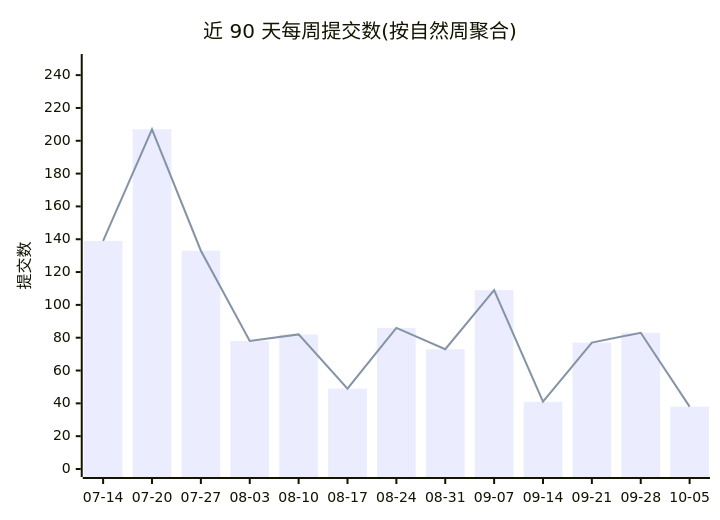
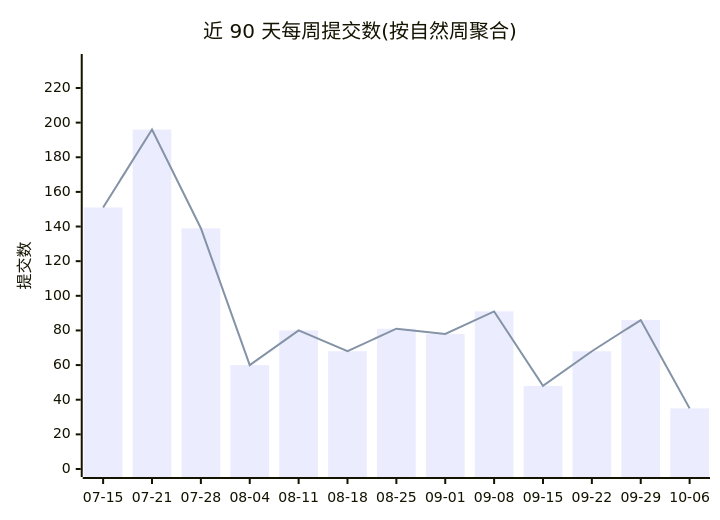
The first of 2 diagrams in profile/README.md (Conflux-Union/.github), drawn with Mermaid before and after one commit. The commit also changed other lines of this file and 1 other file, not shown here.

````diff
--- a/profile/README.md
+++ b/profile/README.md
@@ -44,8 +44,8 @@
 ```mermaid
 xychart-beta
     title "近 90 天每周提交数(按自然周聚合)"
-    x-axis ["07-14", "07-20", "07-27", "08-03", "08-10", "08-17", "08-24", "08-31", "09-07", "09-14", "09-21", "09-28", "10-05"]
-    y-axis "提交数" 0 --> 248
-    bar [139, 207, 133, 78, 82, 49, 86, 73, 109, 41, 77, 83, 38]
-    line [139, 207, 133, 78, 82, 49, 86, 73, 109, 41, 77, 83, 38]
+    x-axis ["07-15", "07-21", "07-28", "08-04", "08-11", "08-18", "08-25", "09-01", "09-08", "09-15", "09-22", "09-29", "10-06"]
+    y-axis "提交数" 0 --> 235
+    bar [151, 196, 139, 60, 80, 68, 81, 78, 91, 48, 68, 86, 35]
+    line [151, 196, 139, 60, 80, 68, 81, 78, 91, 48, 68, 86, 35]
 ```
````
